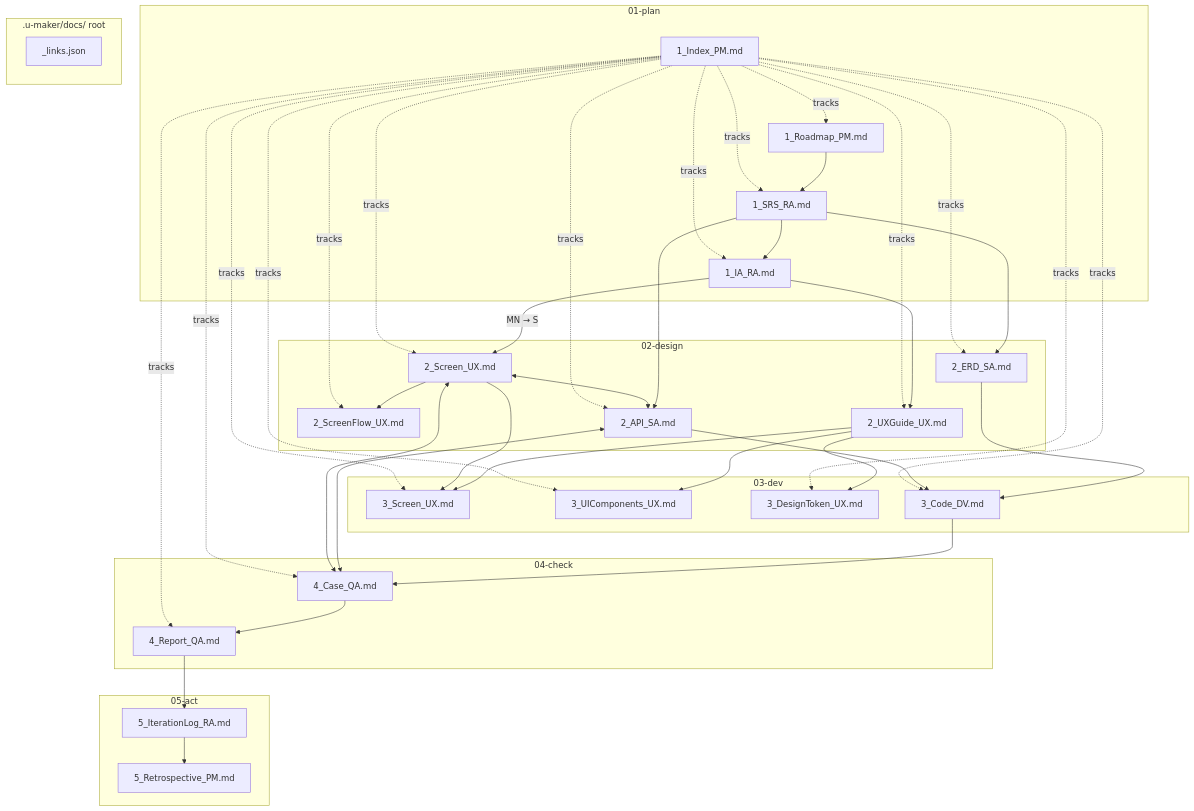
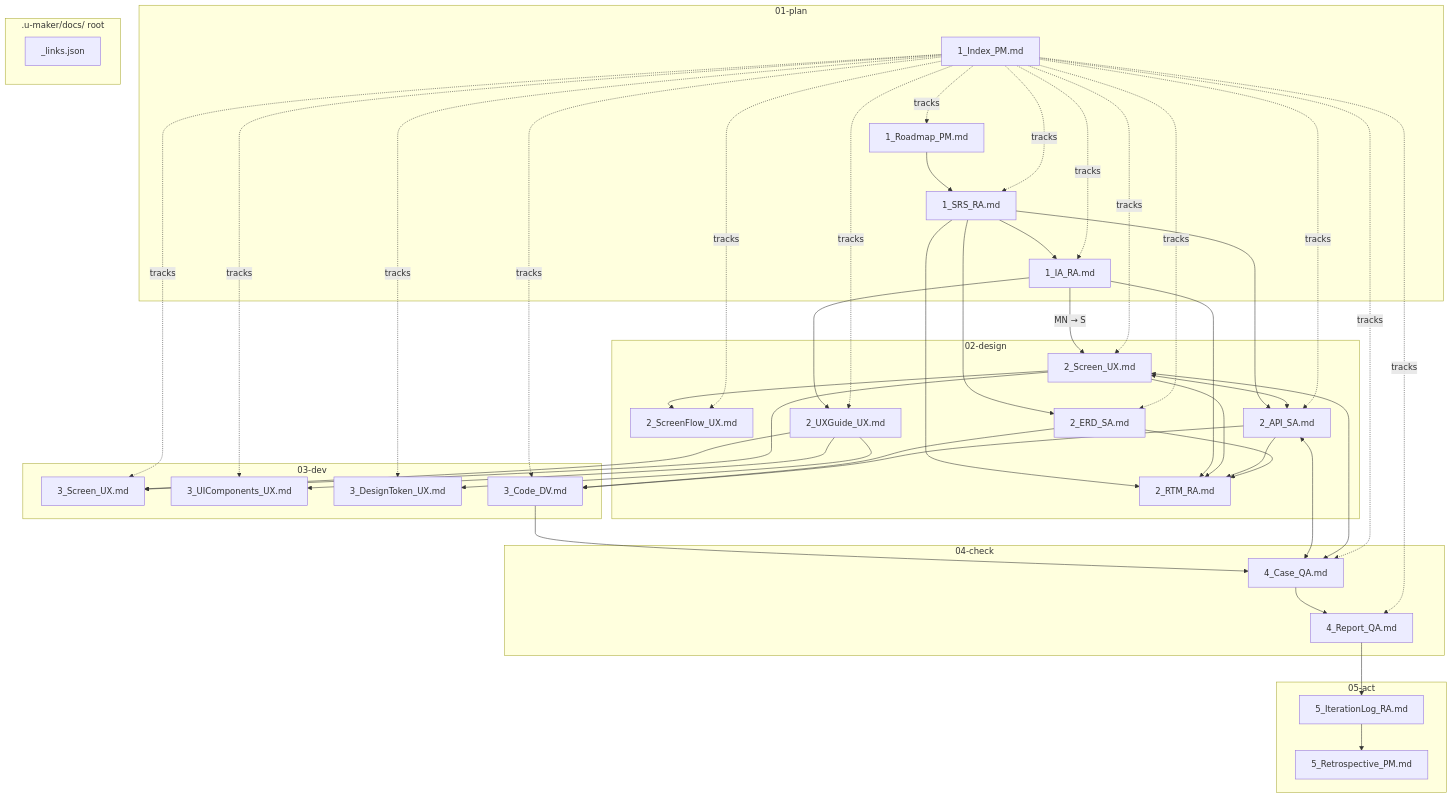
Before and after one commit to upleat-ax/u-maker-plugin: the third of 4 diagrams in _refer/traceability-matrix.md, drawn with Mermaid. The commit also changed other lines of this file and 22 other files, not shown here.

```diff
--- a/_refer/traceability-matrix.md
+++ b/_refer/traceability-matrix.md
@@ -98,6 +107,7 @@
         DSYS[2_UXGuide_UX.md]
         ERD[2_ERD_SA.md]
         API[2_API_SA.md]
+        RTM[2_RTM_RA.md]
     end
 
     subgraph DEV["03-dev"]
@@ -126,8 +136,13 @@
     SRS --> IA
     SRS --> ERD
     SRS --> API
+    SRS --> RTM
     IA -->|MN → S| SCREEN
     SCREEN --> SFLOW
+    IA --> RTM
+    SCREEN --> RTM
+    API --> RTM
+    ERD --> RTM
     IA --> DSYS
     DSYS --> SCR_UX
     DSYS --> UICOMP
```
